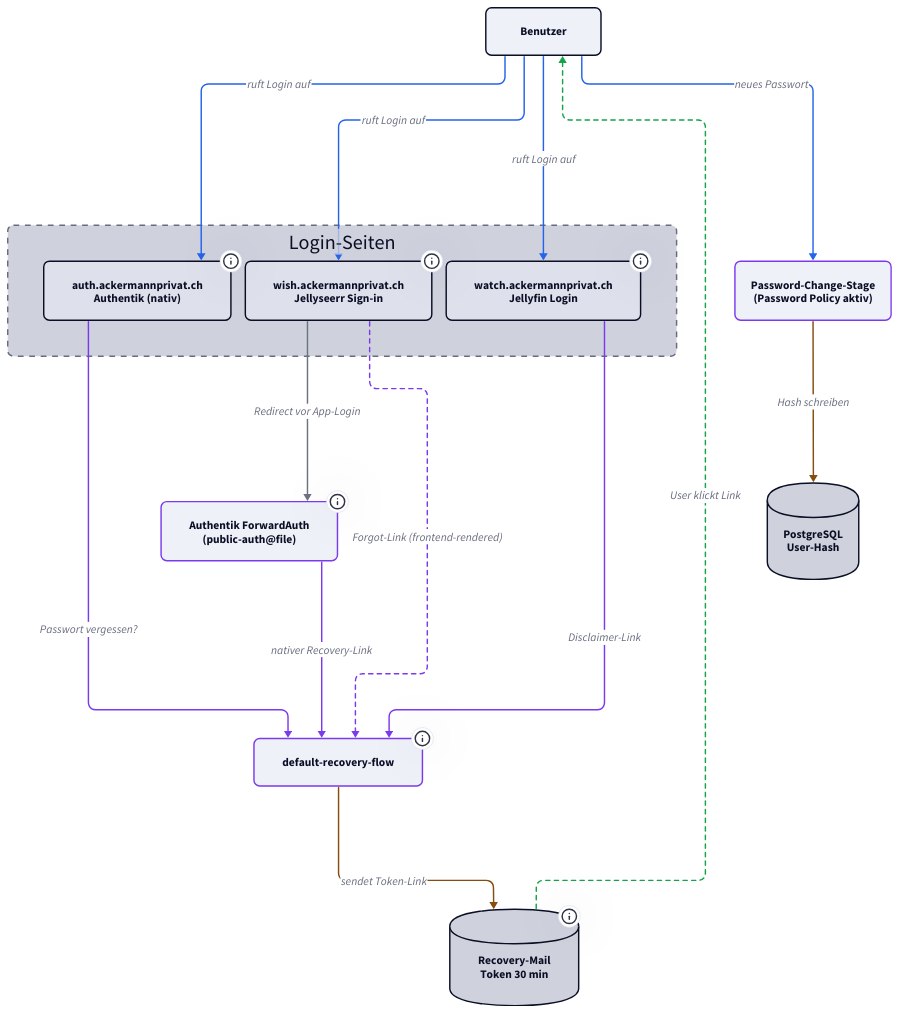
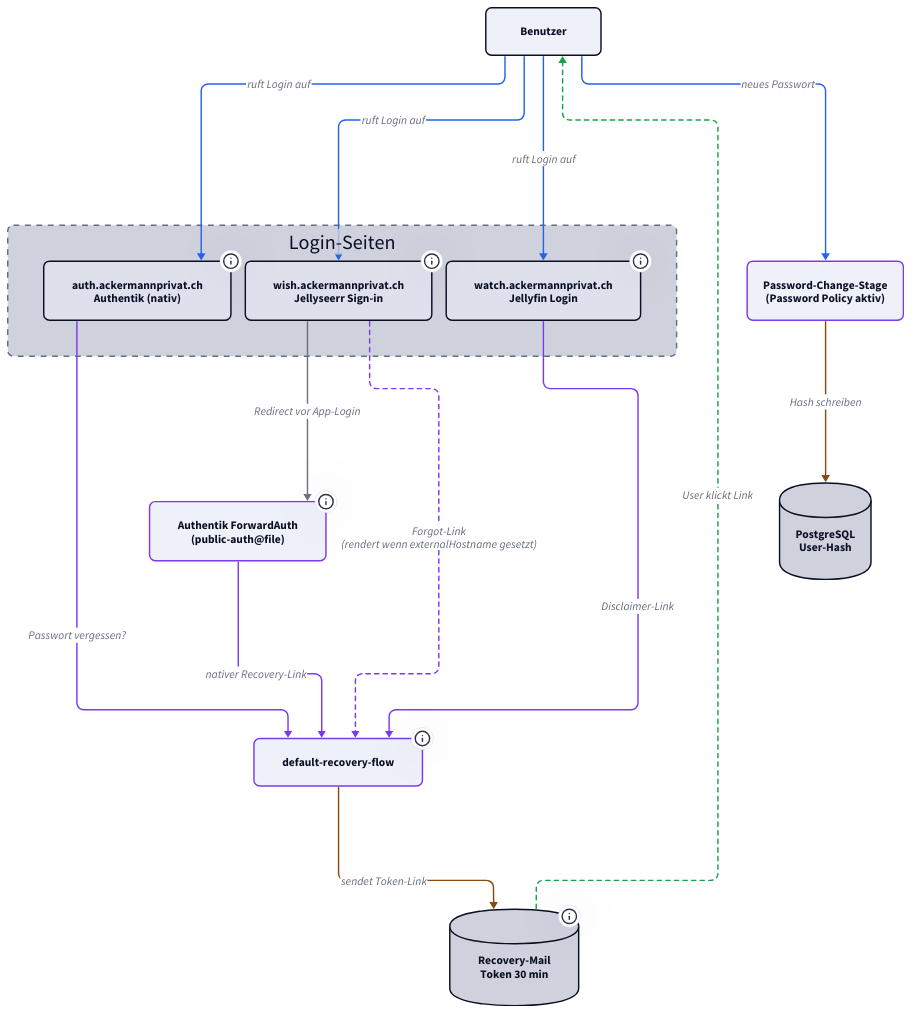
The diagram in docs/authentik/betrieb.md (derever-labs/homelab-wiki), drawn with D2 before and after one commit. The commit also changed other lines of this file and 1 other file, not shown here.

First line of the commit message:
docs(authentik): Recovery-Eingangspfade aus Apps dokumentieren (#14)

````diff
--- a/docs/authentik/betrieb.md
+++ b/docs/authentik/betrieb.md
@@ -160,74 +160,74 @@
 ```d2
 vars: {
   d2-config: {
     theme-id: 1
     layout-engine: elk
   }
 }
 
 classes: {
   app: { style: { border-radius: 8 } }
   recovery: { style: { border-radius: 8; stroke: "#7c3aed" } }
   store: { style: { border-radius: 8 } }
   container: { style: { border-radius: 8; stroke-dash: 4 } }
 }
 
 direction: down
 
 User: Benutzer { class: app }
 
 Apps: Login-Seiten {
   class: container
 
   AuthLogin: "auth.ackermannprivat.ch\nAuthentik (nativ)" {
     class: app
     tooltip: "Recovery-Link via Identification-Stage + Custom-CSS"
   }
   JSLogin: "wish.ackermannprivat.ch\nJellyseerr Sign-in" {
     class: app
-    tooltip: "Setting jellyfinForgotPasswordUrl wird vom Frontend aus /settings/public gelesen"
+    tooltip: "Forgot-Link rendert nur wenn externalHostname UND jellyfinForgotPasswordUrl gesetzt -- Wrapper {baseUrl && ...}"
   }
   JFLogin: "watch.ackermannprivat.ch\nJellyfin Login" {
     class: app
     tooltip: "LoginDisclaimer im Branding-Endpoint, persistiert im CSI-Volume"
   }
 }
 
 FWD: "Authentik ForwardAuth\n(public-auth@file)" {
   class: recovery
   tooltip: "Schaltet die Authentik-Login-Seite VOR Jellyseerr -- nativer Recovery-Link greift hier zuerst"
 }
 
 Recovery: "default-recovery-flow" {
   class: recovery
   tooltip: "Identification + Recovery-Mail + Token + Password-Change-Stage"
 }
 
 Mail: "Recovery-Mail\nToken 30 min" {
   class: store
   shape: cylinder
   tooltip: "SMTP Relay -- smtp.service.consul"
 }
 
 PwChange: "Password-Change-Stage\n(Password Policy aktiv)" { class: recovery }
 
 PG: "PostgreSQL\nUser-Hash" {
   class: store
   shape: cylinder
 }
 
 User -> Apps.AuthLogin: "ruft Login auf" { style.stroke: "#2563eb" }
 User -> Apps.JSLogin: "ruft Login auf" { style.stroke: "#2563eb" }
 User -> Apps.JFLogin: "ruft Login auf" { style.stroke: "#2563eb" }
 
 Apps.JSLogin -> FWD: "Redirect vor App-Login" { style.stroke: "#6b7280" }
 FWD -> Recovery: "nativer Recovery-Link" { style.stroke: "#7c3aed" }
 Apps.AuthLogin -> Recovery: "Passwort vergessen?" { style.stroke: "#7c3aed" }
-Apps.JSLogin -> Recovery: "Forgot-Link (frontend-rendered)" { style.stroke: "#7c3aed"; style.stroke-dash: 3 }
+Apps.JSLogin -> Recovery: "Forgot-Link\n(rendert wenn externalHostname gesetzt)" { style.stroke: "#7c3aed"; style.stroke-dash: 3 }
 Apps.JFLogin -> Recovery: "Disclaimer-Link" { style.stroke: "#7c3aed" }
 
 Recovery -> Mail: "sendet Token-Link" { style.stroke: "#854d0e" }
 Mail -> User: "User klickt Link" { style.stroke: "#16a34a"; style.stroke-dash: 3 }
 User -> PwChange: "neues Passwort" { style.stroke: "#2563eb" }
 PwChange -> PG: "Hash schreiben" { style.stroke: "#854d0e" }
 ```
````
